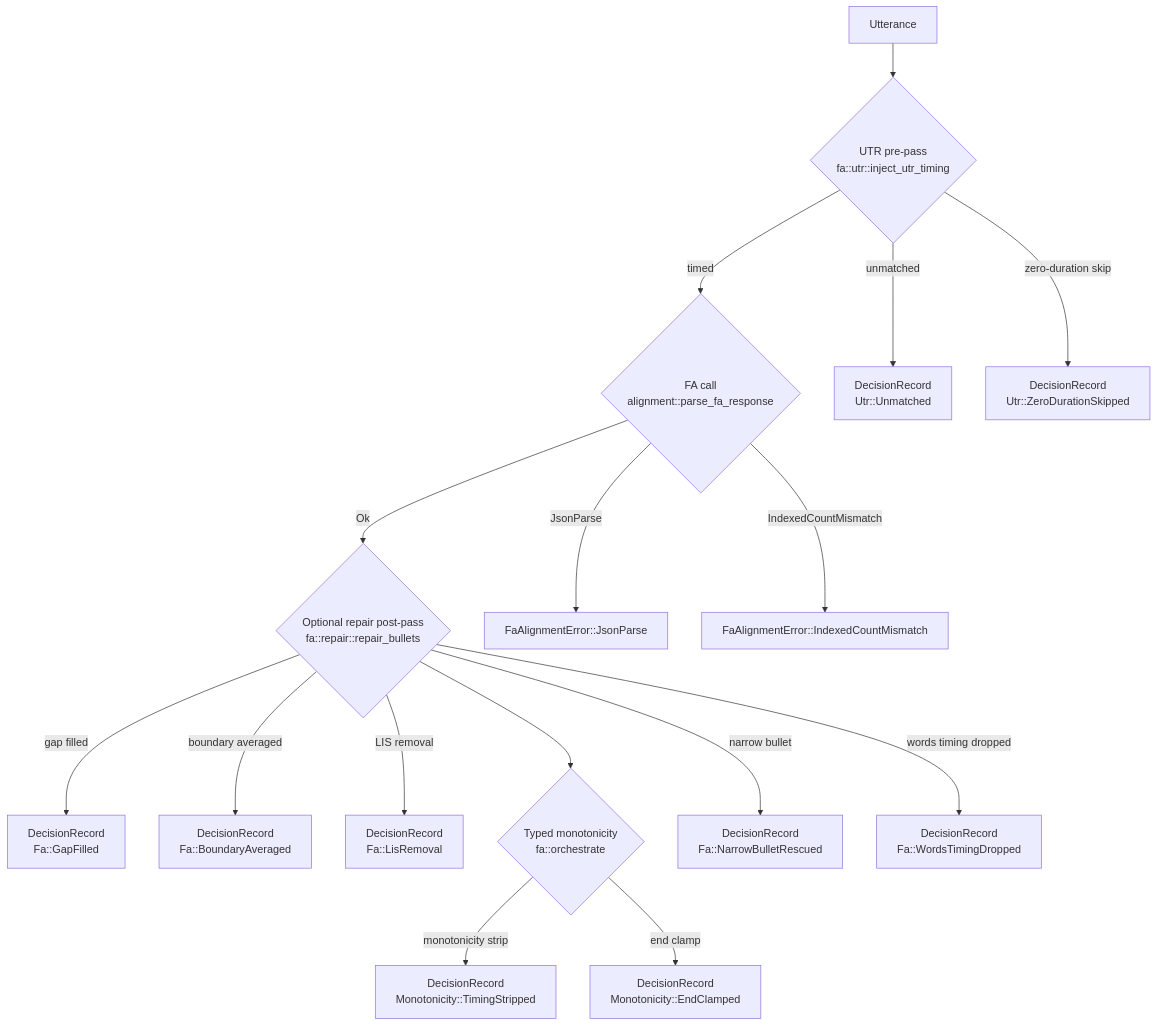
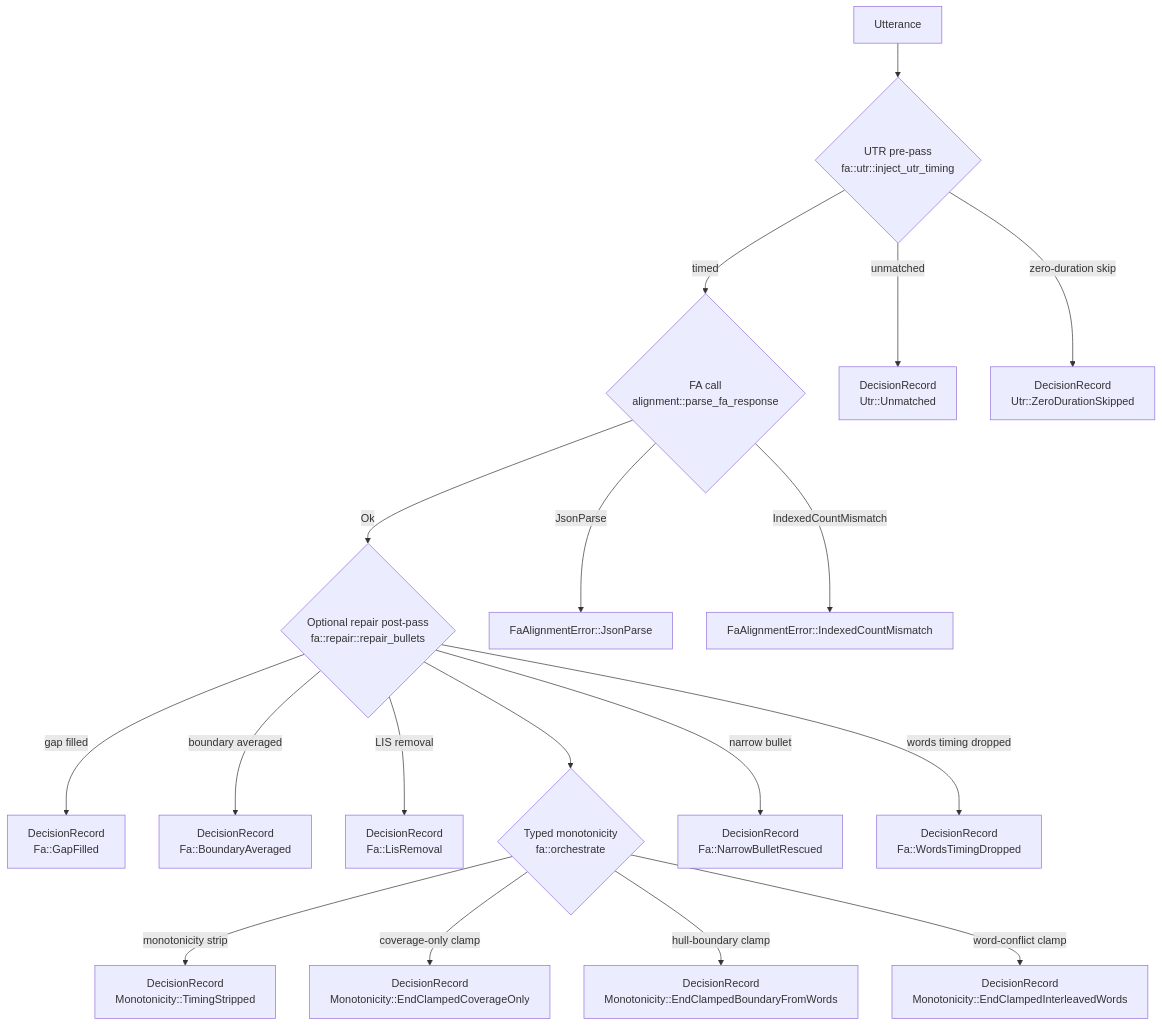
One commit to TalkBank/talkbank-tools changed the sixth of 9 diagrams in book/src/batchalign/architecture/pipeline-decisions.md. Above: the diagram before and after it, drawn with Mermaid. The commit also changed other lines of this file and 25 other files, not shown here.

````diff
--- a/book/src/batchalign/architecture/pipeline-decisions.md
+++ b/book/src/batchalign/architecture/pipeline-decisions.md
@@ -260,21 +260,23 @@
 ```mermaid
 flowchart TD
     U["Utterance"] --> UTR
     UTR{"UTR pre-pass<br/>fa::utr::inject_utr_timing"}
     UTR -->|"timed"| FA
     UTR -->|"unmatched"| UD1["DecisionRecord<br/>Utr::Unmatched"]
     UTR -->|"zero-duration skip"| UD2["DecisionRecord<br/>Utr::ZeroDurationSkipped"]
     FA{"FA call<br/>alignment::parse_fa_response"}
     FA -->|"Ok"| Rep
     FA -->|"JsonParse"| FE1["FaAlignmentError::JsonParse"]
     FA -->|"IndexedCountMismatch"| FE2["FaAlignmentError::IndexedCountMismatch"]
     Rep{"Optional repair post-pass<br/>fa::repair::repair_bullets"}
     Rep -->|"gap filled"| FD1["DecisionRecord<br/>Fa::GapFilled"]
     Rep -->|"boundary averaged"| FD2["DecisionRecord<br/>Fa::BoundaryAveraged"]
     Rep -->|"LIS removal"| FD3["DecisionRecord<br/>Fa::LisRemoval"]
     Rep --> Mono{"Typed monotonicity<br/>fa::orchestrate"}
     Mono -->|"monotonicity strip"| FD4["DecisionRecord<br/>Monotonicity::TimingStripped"]
-    Mono -->|"end clamp"| FD5["DecisionRecord<br/>Monotonicity::EndClamped"]
+    Mono -->|"coverage-only clamp"| FD5a["DecisionRecord<br/>Monotonicity::EndClampedCoverageOnly"]
+    Mono -->|"hull-boundary clamp"| FD5b["DecisionRecord<br/>Monotonicity::EndClampedBoundaryFromWords"]
+    Mono -->|"word-conflict clamp"| FD5c["DecisionRecord<br/>Monotonicity::EndClampedInterleavedWords"]
     Rep -->|"narrow bullet"| FD6["DecisionRecord<br/>Fa::NarrowBulletRescued"]
     Rep -->|"words timing dropped"| FD7["DecisionRecord<br/>Fa::WordsTimingDropped"]
 ```
````
